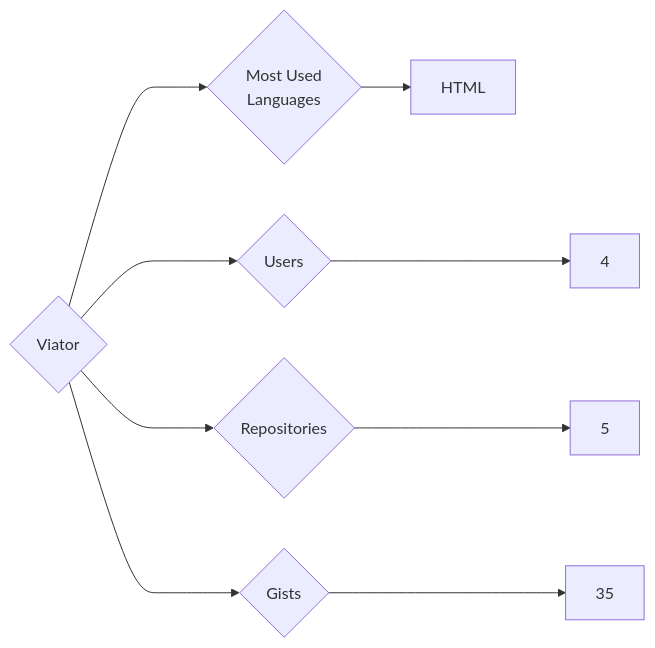
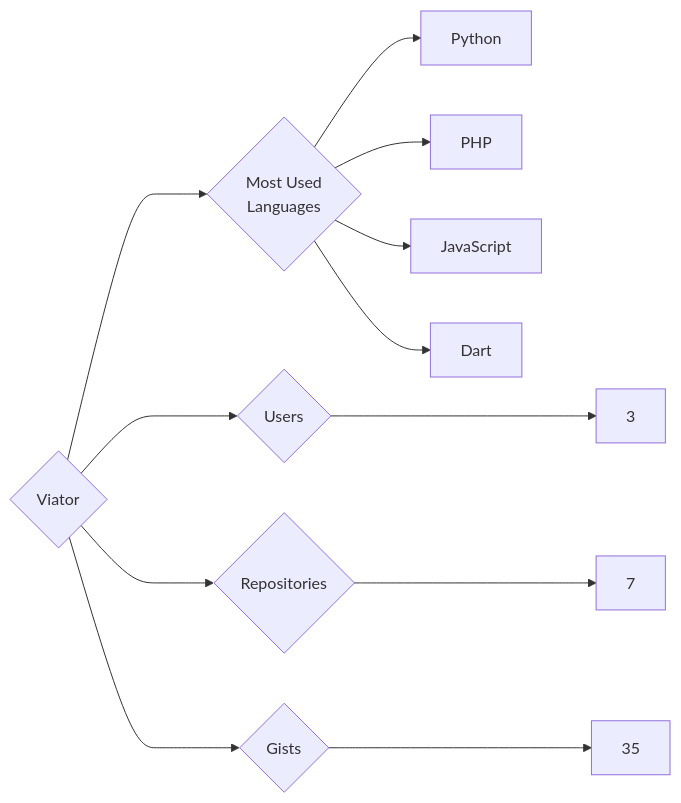
Before and after one commit to trickest/insiders: the diagram in targets/Viator/README.md, drawn with Mermaid. The commit also changed 815 other files, not shown here.

````diff
--- a/targets/Viator/README.md
+++ b/targets/Viator/README.md
@@ -3,9 +3,12 @@
 ```mermaid
 graph LR
 COMPANY_NAME{Viator}
-COMPANY_NAME ---> U{Users} ---> UN[4]
-COMPANY_NAME ---> R{Repositories} ---> RN[5]
+COMPANY_NAME ---> U{Users} ---> UN[3]
+COMPANY_NAME ---> R{Repositories} ---> RN[7]
 COMPANY_NAME ---> G{Gists} ---> GN[35]
 COMPANY_NAME ---> ML{Most Used<br>Languages}
-ML --> HTML[HTML]
+ML --> Python[Python]
+ML --> PHP[PHP]
+ML --> JavaScript[JavaScript]
+ML --> Dart[Dart]
 ```
````
